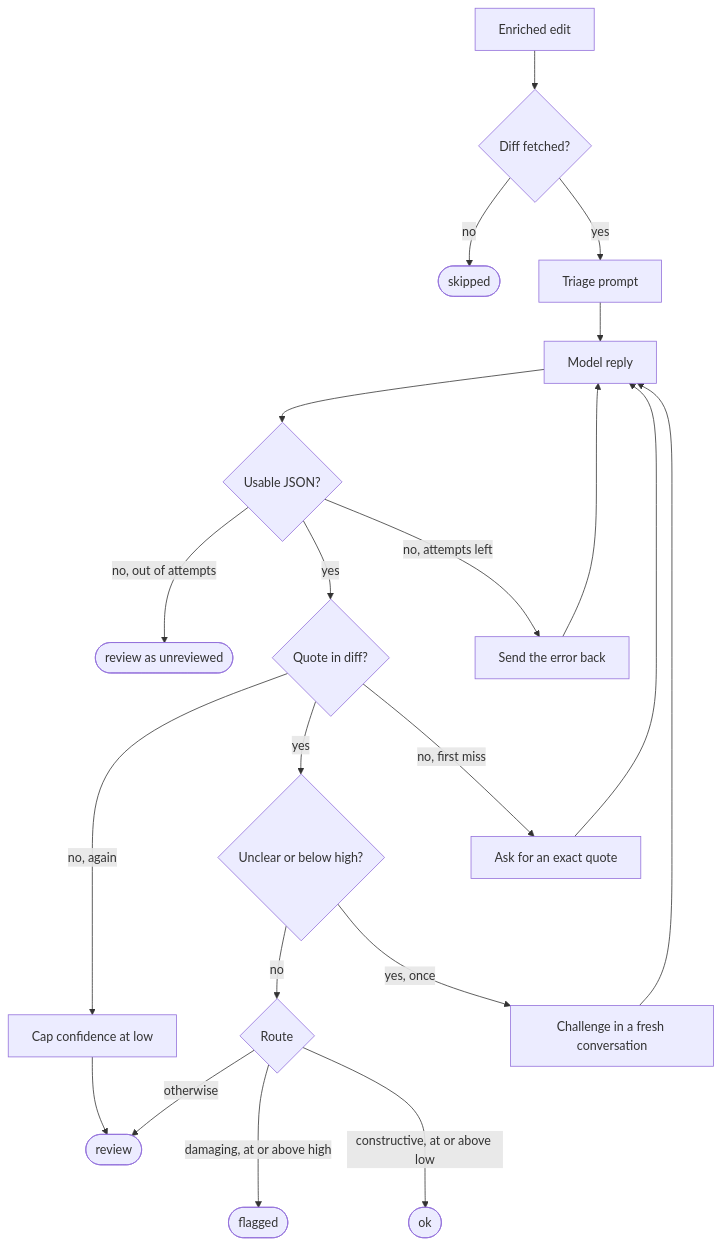
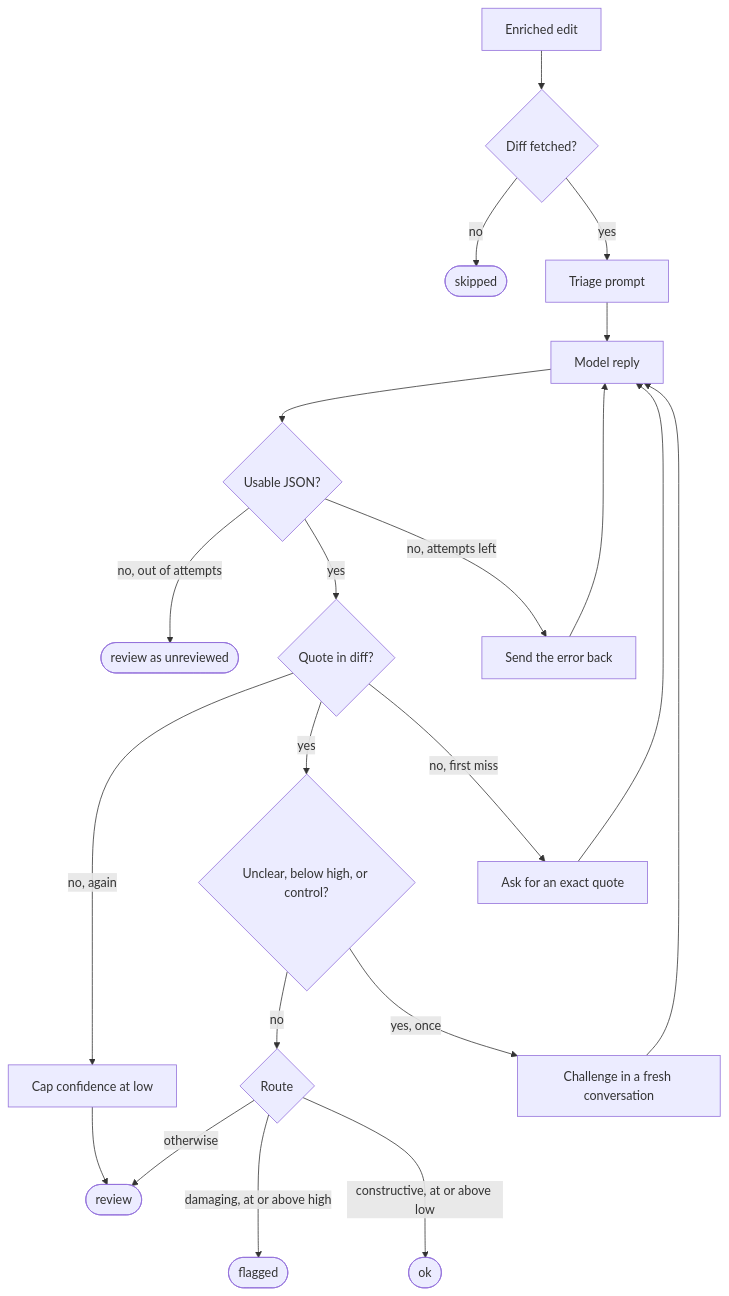
Before and after one commit to craigsloggett/redpanda-fde-build-exercise: the second of 2 diagrams in README.md, drawn with Mermaid. The commit also changed other lines of this file, not shown here.

````diff
--- a/README.md
+++ b/README.md
@@ -67,28 +67,28 @@
 ```mermaid
 flowchart TD
   %% Edge order per node drives the Dagre layout: outcome, main path, retry.
   edit[Enriched edit] --> gate{Diff fetched?}
   gate -- no --> skipped([skipped])
   gate -- yes --> triage[Triage prompt]
   triage --> reply[Model reply]
   reply --> parse{Usable JSON?}
   parse -- "no, out of attempts" --> unusable([review as unreviewed])
   parse -- yes --> ground{Quote in diff?}
   parse -- "no, attempts left" --> repair[Send the error back]
   repair --> reply
   ground -- "no, again" --> cap[Cap confidence at low]
   cap --> review([review])
-  ground -- yes --> close{Unclear or below high?}
+  ground -- yes --> close{Unclear, below high, or control?}
   ground -- "no, first miss" --> requote[Ask for an exact quote]
   requote --> reply
   close -- no --> route{Route}
   close -- "yes, once" --> challenge[Challenge in a fresh conversation]
   challenge --> reply
   route -- otherwise --> review
   %% Longer links keep these labels clear of the otherwise label.
   route -- "damaging, at or above high" ---> flagged([flagged])
   route -- "constructive, at or above low" ---> ok([ok])
   %% Invisible links stack the retries in one column so the return arrows never cross.
   repair ~~~ requote
   requote ~~~ challenge
 ```
````
